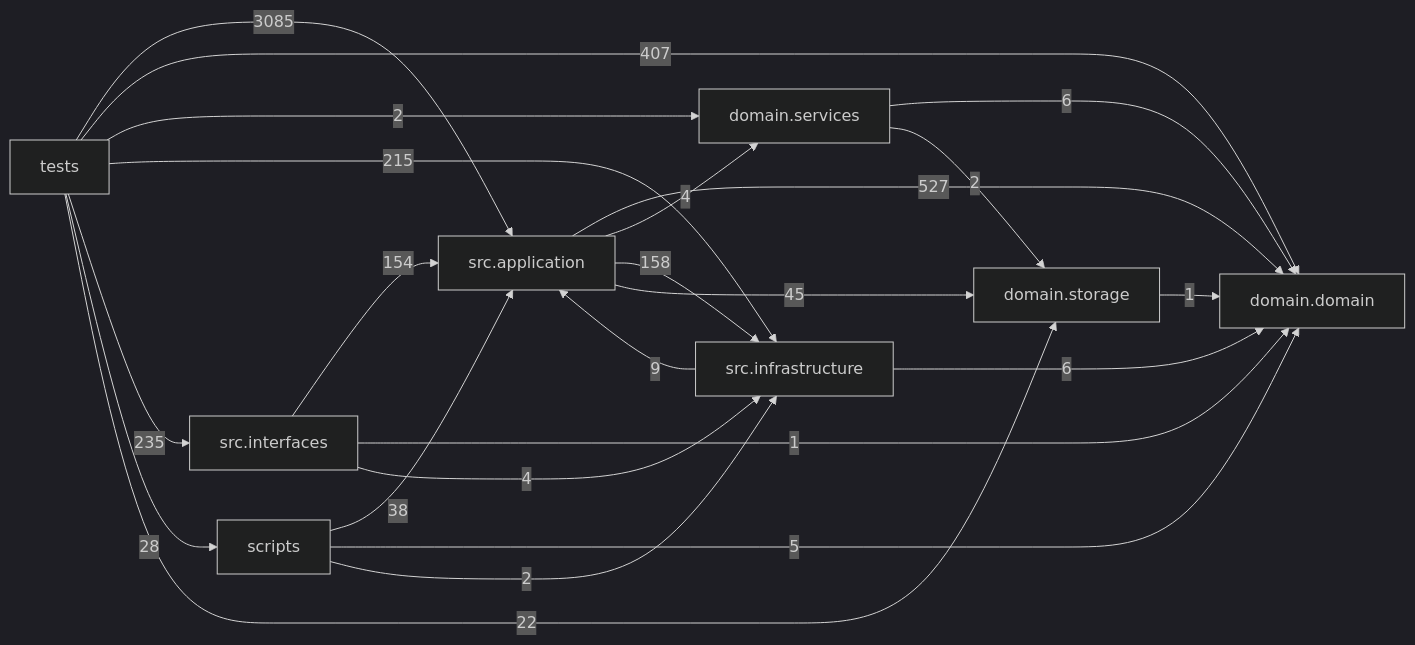
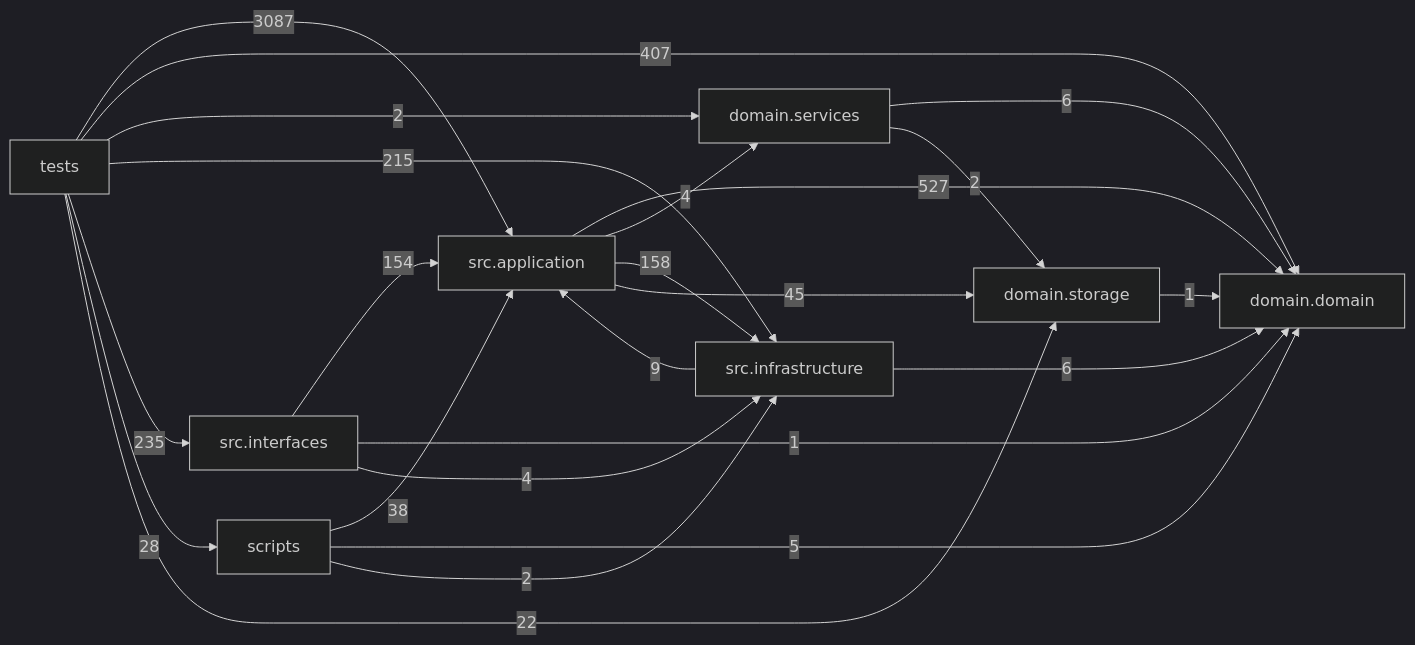
Before and after one commit to liuxie066/options-monitor: the diagram in docs/DEPENDENCY_GRAPH.md, drawn with Mermaid (dark theme). The commit also changed other lines of this file and 23 other files, not shown here.

````diff
--- a/docs/DEPENDENCY_GRAPH.md
+++ b/docs/DEPENDENCY_GRAPH.md
@@ -24,33 +24,33 @@
 ```mermaid
 flowchart LR
   tests["tests"]
   scripts["scripts"]
   interfaces["src.interfaces"]
   application["src.application"]
   infrastructure["src.infrastructure"]
   domain_services["domain.services"]
   domain["domain.domain"]
   storage["domain.storage"]
   application -->|527| domain
   application -->|4| domain_services
   application -->|158| infrastructure
   application -->|45| storage
   domain_services -->|6| domain
   domain_services -->|2| storage
   infrastructure -->|9| application
   infrastructure -->|6| domain
   interfaces -->|154| application
   interfaces -->|1| domain
   interfaces -->|4| infrastructure
   scripts -->|38| application
   scripts -->|5| domain
   scripts -->|2| infrastructure
   storage -->|1| domain
-  tests -->|3085| application
+  tests -->|3087| application
   tests -->|407| domain
   tests -->|2| domain_services
   tests -->|215| infrastructure
   tests -->|235| interfaces
   tests -->|28| scripts
   tests -->|22| storage
 ```
````
